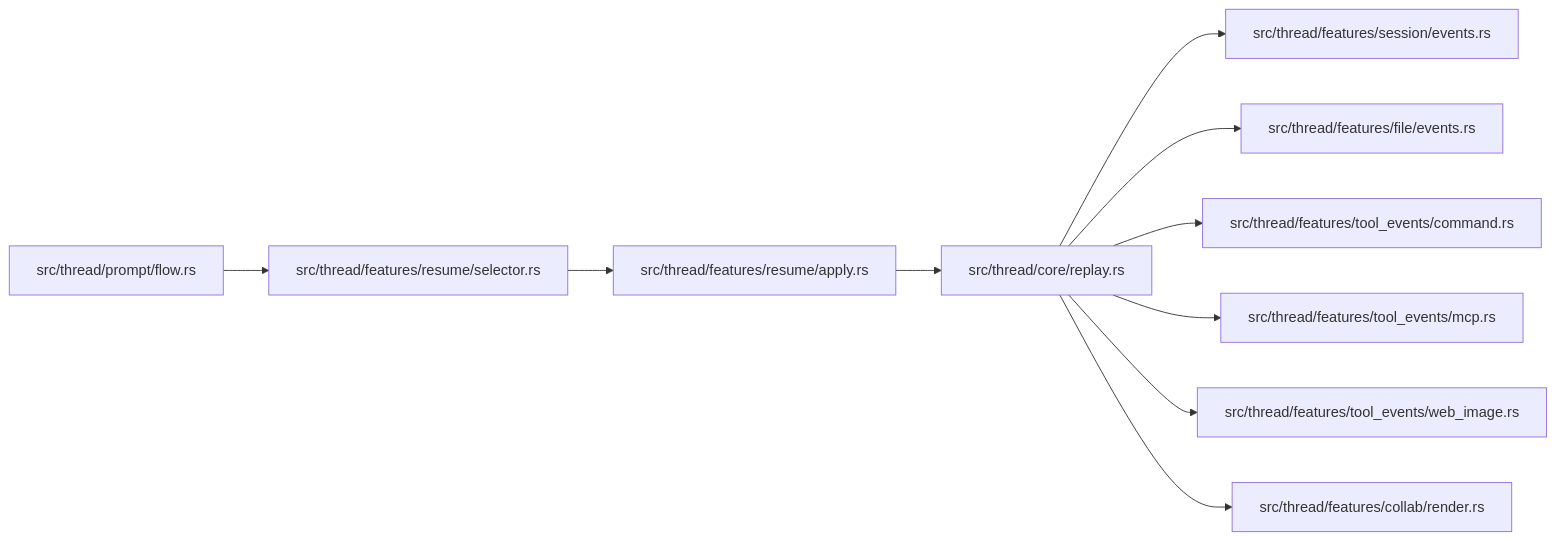
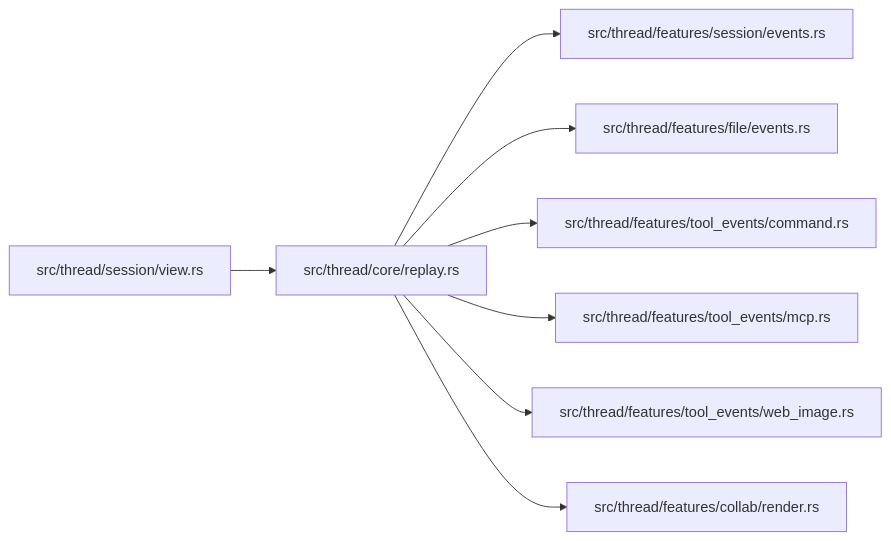
The second of 3 diagrams in docs/thread-feature-map.md (Qweasd123tg/zed-codex-ACP-CAS), drawn with Mermaid before and after one commit. The commit also changed other lines of this file and 61 other files, not shown here.

````diff
--- a/docs/thread-feature-map.md
+++ b/docs/thread-feature-map.md
@@ -89,13 +91,11 @@
 ```mermaid
 flowchart LR
-    PromptFlow[src/thread/prompt/flow.rs] --> ResumeSelector[src/thread/features/resume/selector.rs]
-    ResumeSelector --> ResumeApply[src/thread/features/resume/apply.rs]
-    ResumeApply --> Replay[src/thread/core/replay.rs]
+    SessionLoad[src/thread/session/view.rs] --> Replay[src/thread/core/replay.rs]
 
     Replay --> SessionReplay[src/thread/features/session/events.rs]
     Replay --> FileReplay[src/thread/features/file/events.rs]
     Replay --> CommandReplay[src/thread/features/tool_events/command.rs]
     Replay --> McpReplay[src/thread/features/tool_events/mcp.rs]
     Replay --> WebImageReplay[src/thread/features/tool_events/web_image.rs]
     Replay --> CollabReplay[src/thread/features/collab/render.rs]
 ```
````
